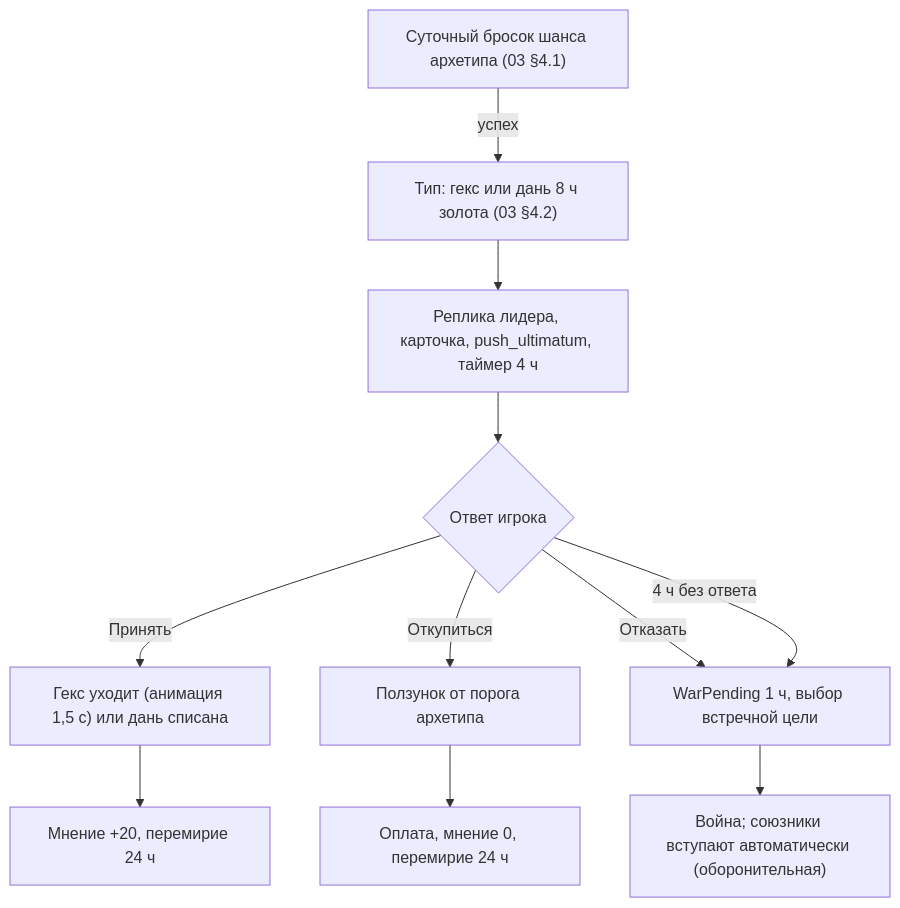
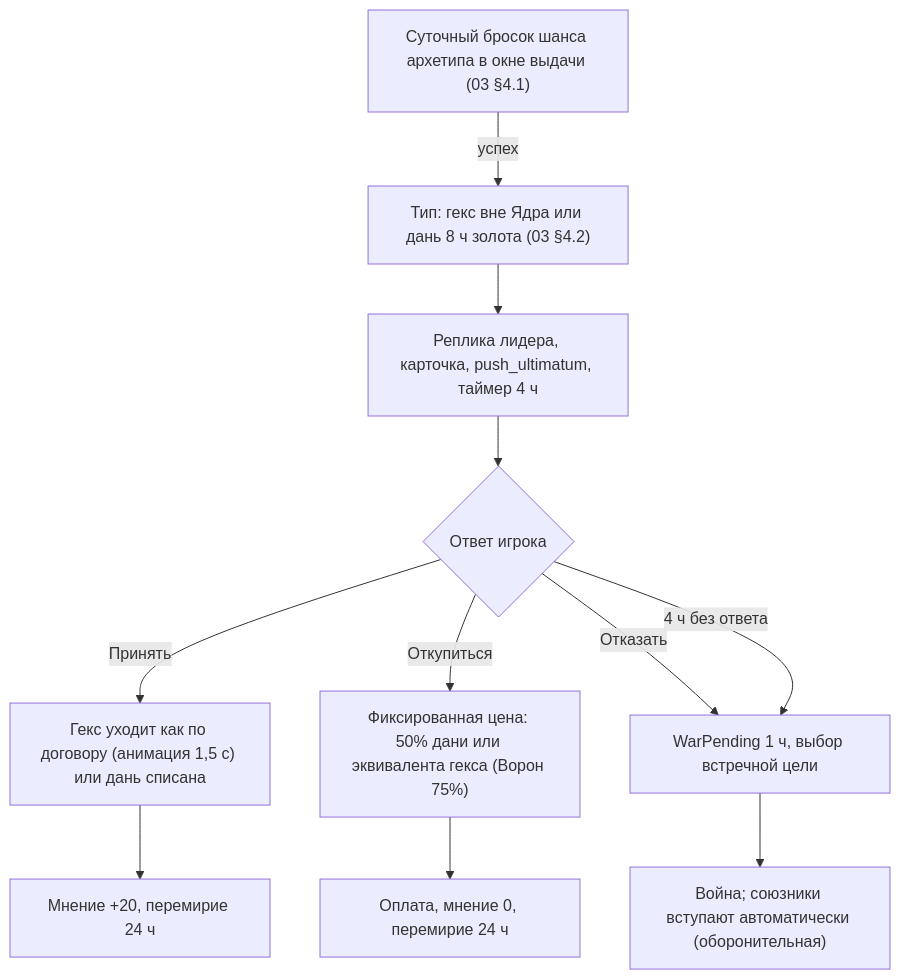
Before and after one commit to kaboomenko/Raivon: the fifth of 7 diagrams in docs/gdd/06_diplomacy_peace.md, drawn with Mermaid. The commit also changed other lines of this file and 12 other files, not shown here.

````diff
--- a/docs/gdd/06_diplomacy_peace.md
+++ b/docs/gdd/06_diplomacy_peace.md
@@ -614,13 +630,13 @@
 ```mermaid
 flowchart TD
-    A["Суточный бросок шанса архетипа (03 §4.1)"] -->|"успех"| B["Тип: гекс или дань 8 ч золота (03 §4.2)"]
+    A["Суточный бросок шанса архетипа в окне выдачи (03 §4.1)"] -->|"успех"| B["Тип: гекс вне Ядра или дань 8 ч золота (03 §4.2)"]
     B --> C["Реплика лидера, карточка, push_ultimatum, таймер 4 ч"]
     C --> D{"Ответ игрока"}
-    D -->|"Принять"| E["Гекс уходит (анимация 1,5 с) или дань списана"]
+    D -->|"Принять"| E["Гекс уходит как по договору (анимация 1,5 с) или дань списана"]
     E --> E1["Мнение +20, перемирие 24 ч"]
-    D -->|"Откупиться"| F["Ползунок от порога архетипа"]
+    D -->|"Откупиться"| F["Фиксированная цена: 50% дани или эквивалента гекса (Ворон 75%)"]
     F --> F1["Оплата, мнение 0, перемирие 24 ч"]
     D -->|"Отказать"| G["WarPending 1 ч, выбор встречной цели"]
     D -->|"4 ч без ответа"| G
     G --> H["Война; союзники вступают автоматически (оборонительная)"]
 ```
````
